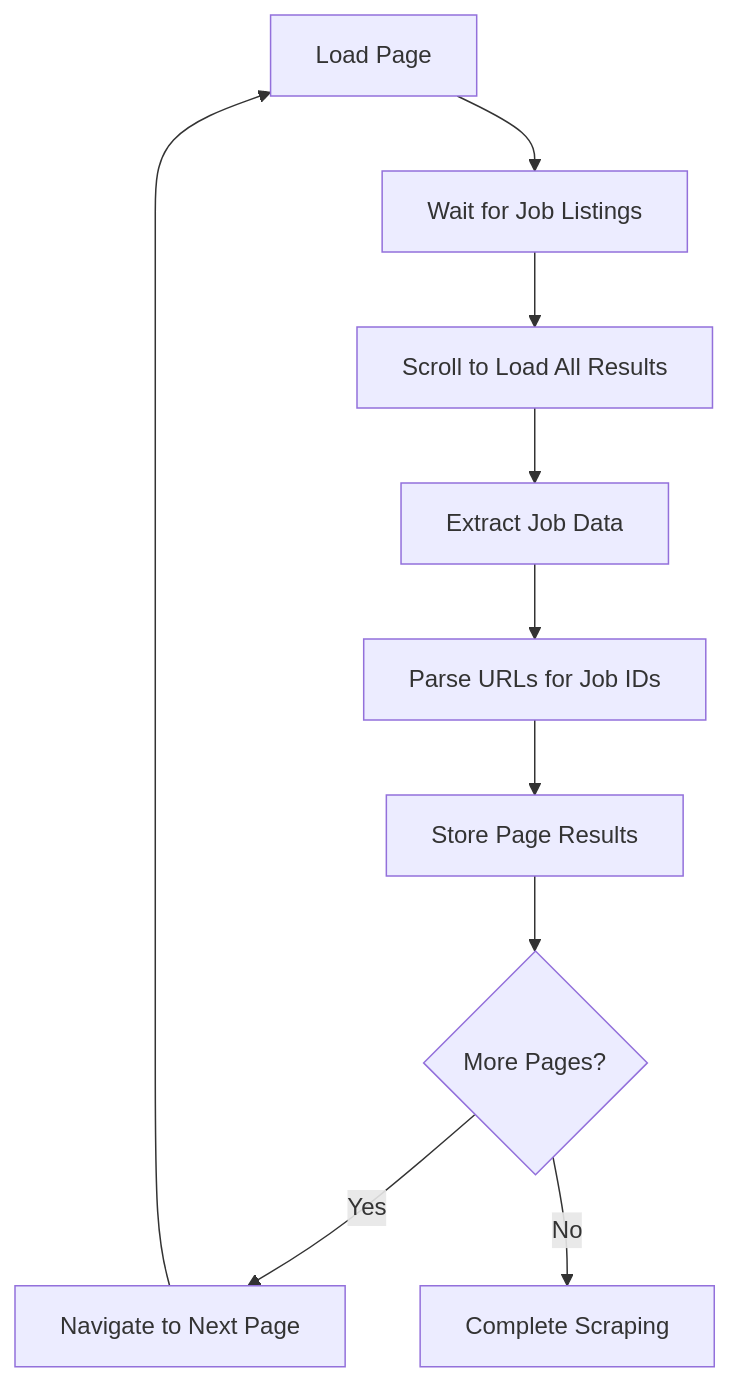
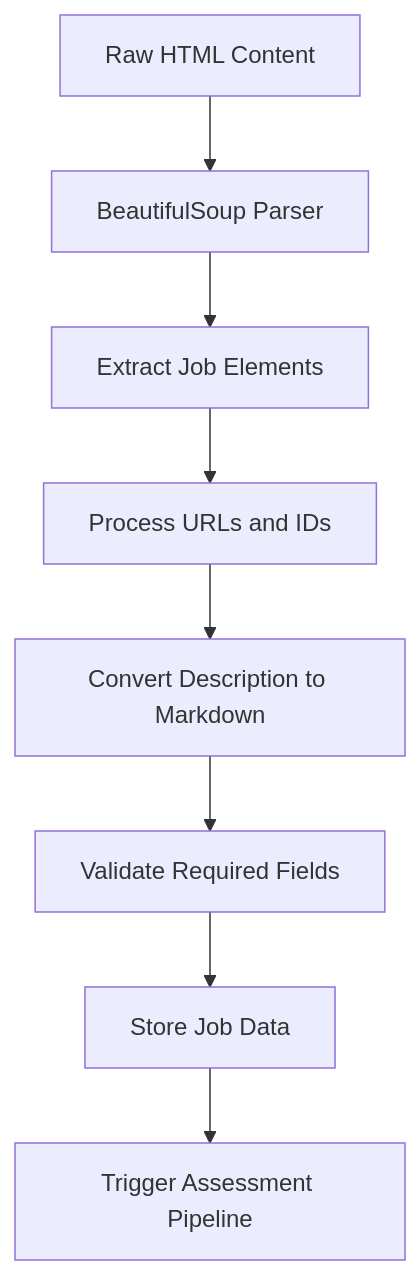
Before and after one commit to jtha/job-search: the second of 3 diagrams in docs/01_lead_generation_system.md, drawn with Mermaid. The commit also changed other lines of this file and 4 other files, not shown here.

````diff
--- a/docs/01_lead_generation_system.md
+++ b/docs/01_lead_generation_system.md
@@ -145,12 +147,10 @@
 ```mermaid
 graph TD
-    A[Load Page] --> B[Wait for Job Listings]
-    B --> C[Scroll to Load All Results]
-    C --> D[Extract Job Data]
-    D --> E[Parse URLs for Job IDs]
-    E --> F[Store Page Results]
-    F --> G{More Pages?}
-    G -->|Yes| H[Navigate to Next Page]
-    G -->|No| I[Complete Scraping]
-    H --> A
+    A[Raw HTML Content] --> B[BeautifulSoup Parser]
+    B --> C[Extract Job Elements]
+    C --> D[Process URLs and IDs]
+    D --> E[Convert Description to Markdown]
+    E --> F[Validate Required Fields]
+    F --> G[Store Job Data]
+    G --> H[Trigger Assessment Pipeline]
 ```
````
